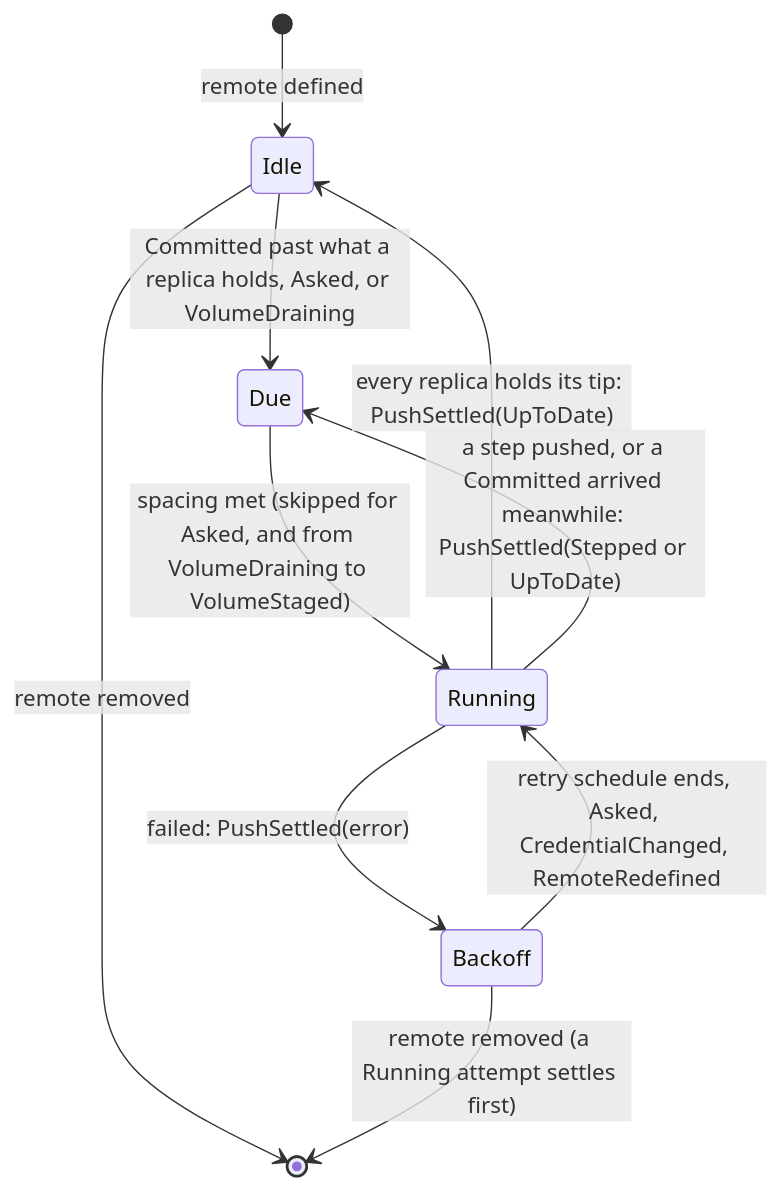
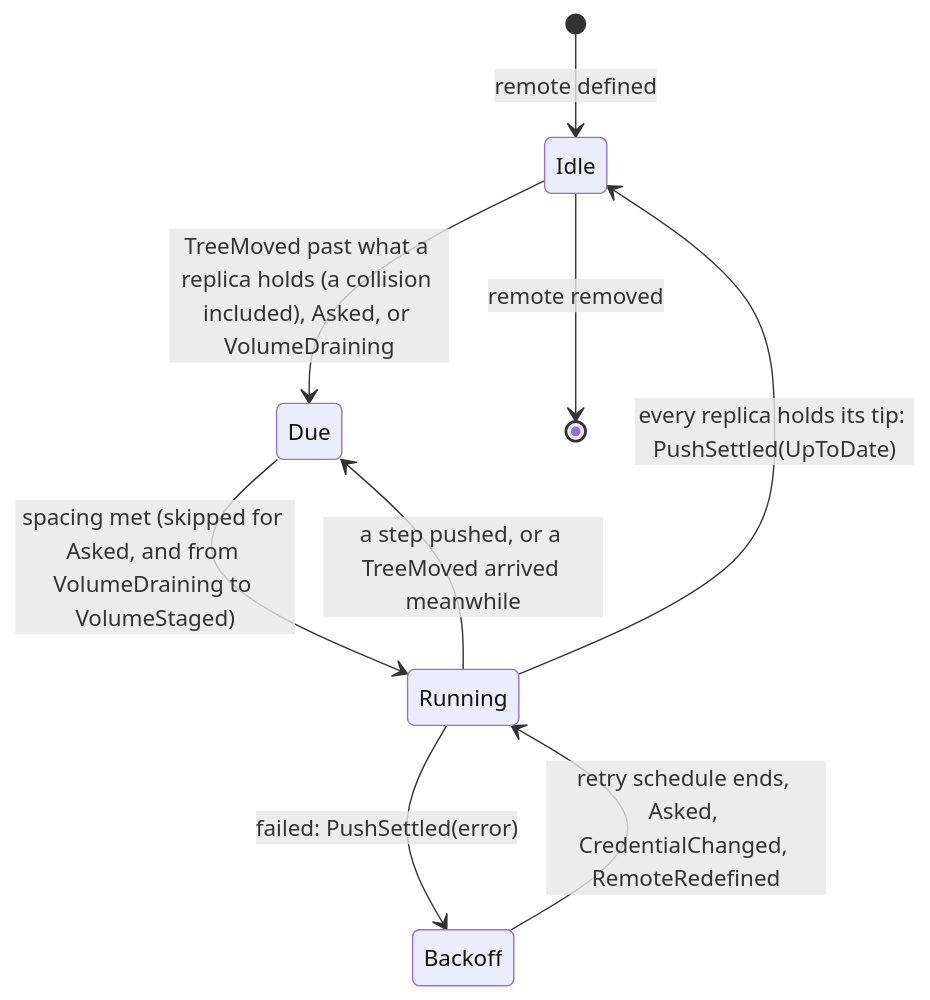
One commit to mcurcio/agentfs changed the diagram in docs/target-architecture/domains/replication.md. Above: the diagram before and after it, drawn with Mermaid. The commit also changed other lines of this file and 14 other files, not shown here.

First line of the commit message:
docs(target-architecture): cut the system and domain pages to the git model

````diff
--- a/docs/target-architecture/domains/replication.md
+++ b/docs/target-architecture/domains/replication.md
@@ -55,12 +45,11 @@
 ```mermaid
 stateDiagram-v2
   [*] --> Idle: remote defined
-  Idle --> Due: Committed past what a replica holds, Asked, or VolumeDraining
+  Idle --> Due: TreeMoved past what a replica holds (a collision included), Asked, or VolumeDraining
   Due --> Running: spacing met (skipped for Asked, and from VolumeDraining to VolumeStaged)
   Running --> Idle: every replica holds its tip: PushSettled(UpToDate)
-  Running --> Due: a step pushed, or a Committed arrived meanwhile: PushSettled(Stepped or UpToDate)
+  Running --> Due: a step pushed, or a TreeMoved arrived meanwhile
   Running --> Backoff: failed: PushSettled(error)
   Backoff --> Running: retry schedule ends, Asked, CredentialChanged, RemoteRedefined
   Idle --> [*]: remote removed
-  Backoff --> [*]: remote removed (a Running attempt settles first)
 ```
````
